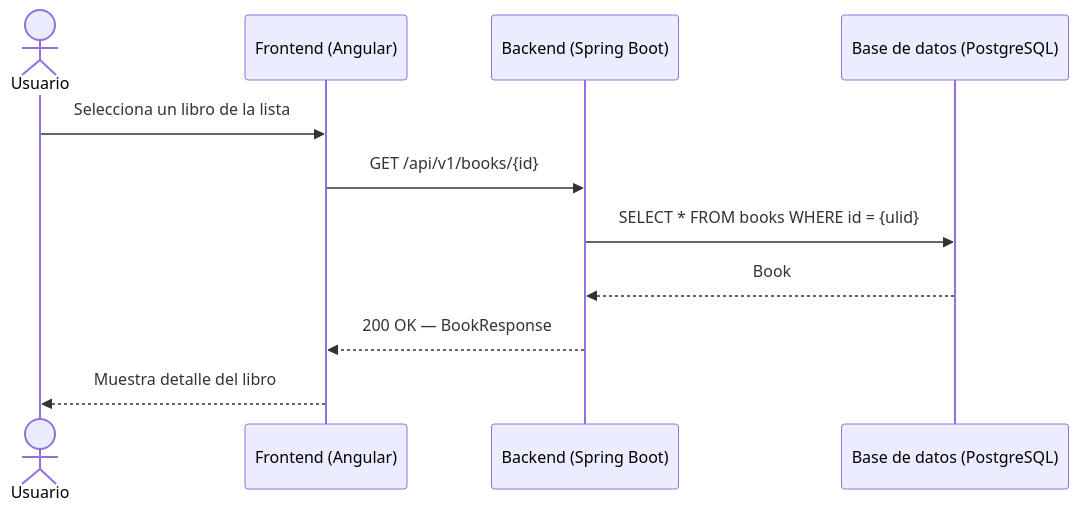
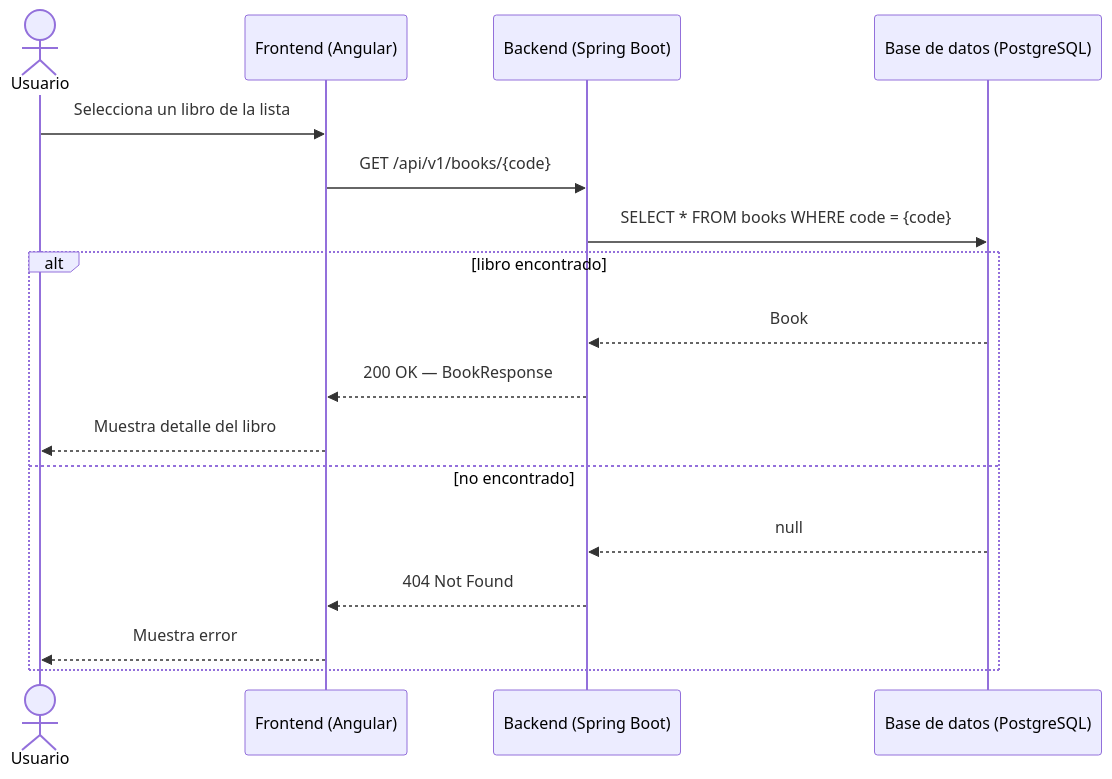
One commit to pakodiazdev/atreyu-library changed the second of 5 diagrams in docs/diagrams/sequence-diagrams.md. Above: the diagram before and after it, drawn with Mermaid. The commit also changed other lines of this file, not shown here.

First line of the commit message:
🐛 [#060] - Corregir inconsistencias en diagramas de secuencia UML 🐛

````diff
--- a/docs/diagrams/sequence-diagrams.md
+++ b/docs/diagrams/sequence-diagrams.md
@@ -28,14 +28,20 @@
 ```mermaid
 sequenceDiagram
     actor Usuario
     participant FE as Frontend (Angular)
     participant BE as Backend (Spring Boot)
     participant DB as Base de datos (PostgreSQL)
 
     Usuario->>FE: Selecciona un libro de la lista
-    FE->>BE: GET /api/v1/books/{id}
-    BE->>DB: SELECT * FROM books WHERE id = {ulid}
-    DB-->>BE: Book
-    BE-->>FE: 200 OK — BookResponse
-    FE-->>Usuario: Muestra detalle del libro
+    FE->>BE: GET /api/v1/books/{code}
+    BE->>DB: SELECT * FROM books WHERE code = {code}
+    alt libro encontrado
+        DB-->>BE: Book
+        BE-->>FE: 200 OK — BookResponse
+        FE-->>Usuario: Muestra detalle del libro
+    else no encontrado
+        DB-->>BE: null
+        BE-->>FE: 404 Not Found
+        FE-->>Usuario: Muestra error
+    end
 ```
````
